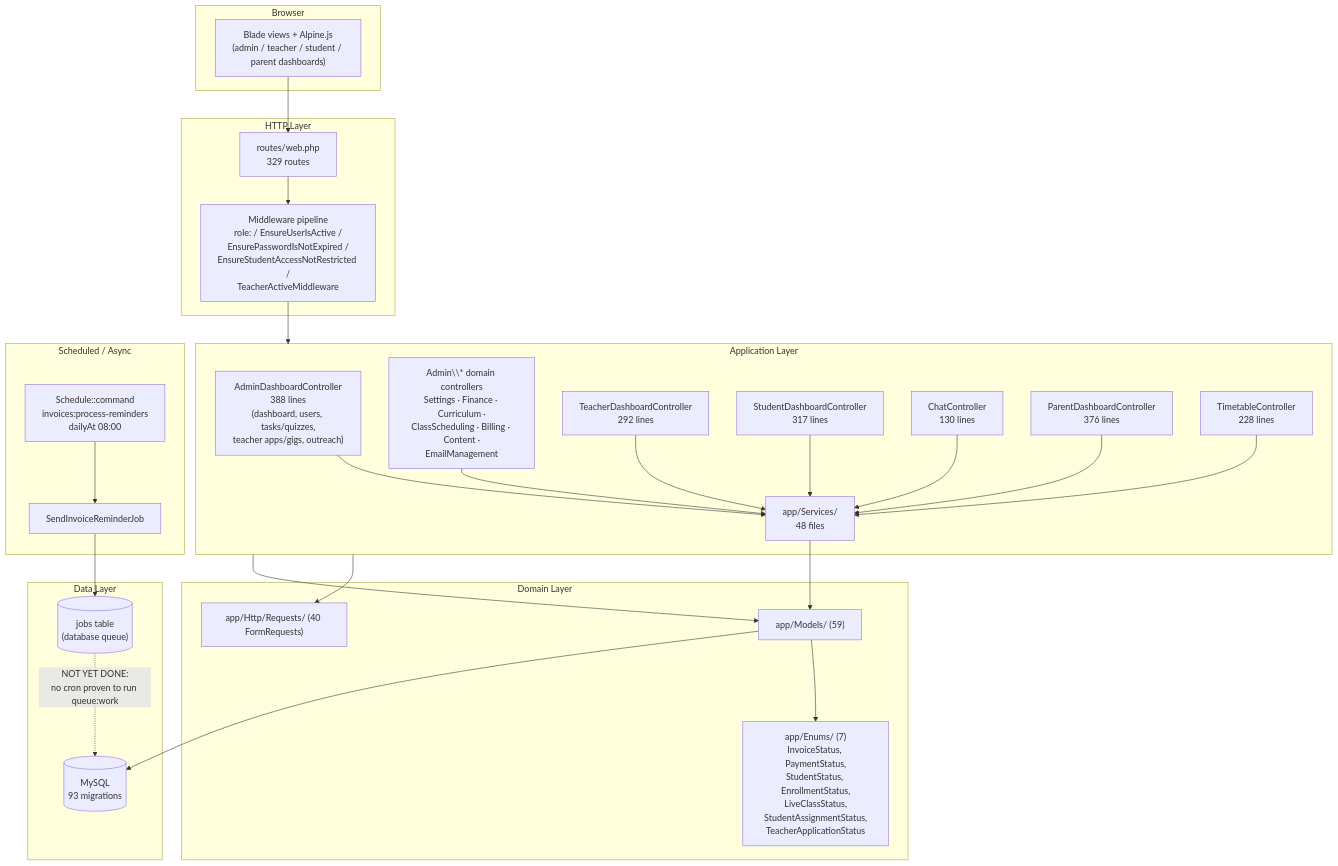
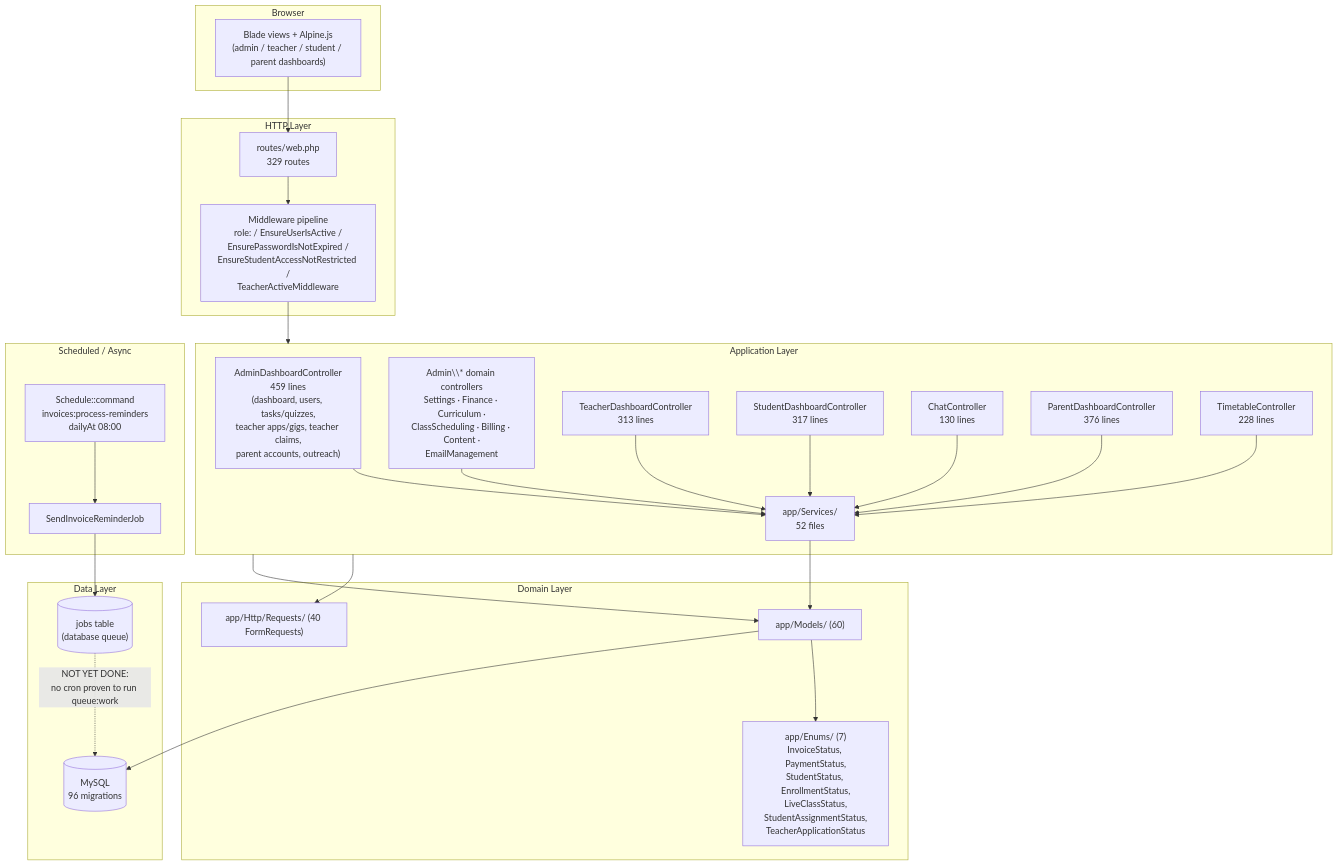
The first of 3 diagrams in docs/architecture.md (aqashayunus/scholars), drawn with Mermaid before and after one commit. The commit also changed other lines of this file, not shown here.

````diff
--- a/docs/architecture.md
+++ b/docs/architecture.md
@@ -25,48 +25,48 @@
 ```mermaid
 graph TB
     subgraph Client["Browser"]
         UI["Blade views + Alpine.js<br/>(admin / teacher / student / parent dashboards)"]
     end
 
     subgraph HTTP["HTTP Layer"]
         MW["Middleware pipeline<br/>role: / EnsureUserIsActive /<br/>EnsurePasswordIsNotExpired /<br/>EnsureStudentAccessNotRestricted /<br/>TeacherActiveMiddleware"]
         R["routes/web.php<br/>329 routes"]
     end
 
     subgraph App["Application Layer"]
-        AC["AdminDashboardController<br/>388 lines<br/>(dashboard, users, tasks/quizzes,<br/>teacher apps/gigs, outreach)"]
+        AC["AdminDashboardController<br/>459 lines<br/>(dashboard, users, tasks/quizzes,<br/>teacher apps/gigs, teacher claims,<br/>parent accounts, outreach)"]
         ADM["Admin\\* domain controllers<br/>Settings · Finance · Curriculum ·<br/>ClassScheduling · Billing · Content ·<br/>EmailManagement"]
-        TC["TeacherDashboardController<br/>292 lines"]
+        TC["TeacherDashboardController<br/>313 lines"]
         SC["StudentDashboardController<br/>317 lines"]
         CC["ChatController<br/>130 lines"]
         PC["ParentDashboardController<br/>376 lines"]
         TTC["TimetableController<br/>228 lines"]
-        SVC["app/Services/<br/>48 files"]
+        SVC["app/Services/<br/>52 files"]
     end
 
     subgraph Domain["Domain Layer"]
         ENUMS["app/Enums/ (7)<br/>InvoiceStatus, PaymentStatus,<br/>StudentStatus, EnrollmentStatus,<br/>LiveClassStatus,<br/>StudentAssignmentStatus,<br/>TeacherApplicationStatus"]
-        MODELS["app/Models/ (59)"]
+        MODELS["app/Models/ (60)"]
         REQ["app/Http/Requests/ (40 FormRequests)"]
     end
 
     subgraph Data["Data Layer"]
-        DB[("MySQL<br/>93 migrations")]
+        DB[("MySQL<br/>96 migrations")]
         QUEUE[("jobs table<br/>(database queue)")]
     end
 
     subgraph Async["Scheduled / Async"]
         SCHED["Schedule::command<br/>invoices:process-reminders<br/>dailyAt 08:00"]
         JOB["SendInvoiceReminderJob"]
     end
 
     UI --> R --> MW --> App
     AC & ADM & TC & SC & CC & PC & TTC --> SVC
     App --> REQ
     SVC --> MODELS
     App --> MODELS
     MODELS --> ENUMS
     MODELS --> DB
     SCHED --> JOB --> QUEUE
     QUEUE -.->|"NOT YET DONE:<br/>no cron proven to run queue:work"| DB
 ```
````
